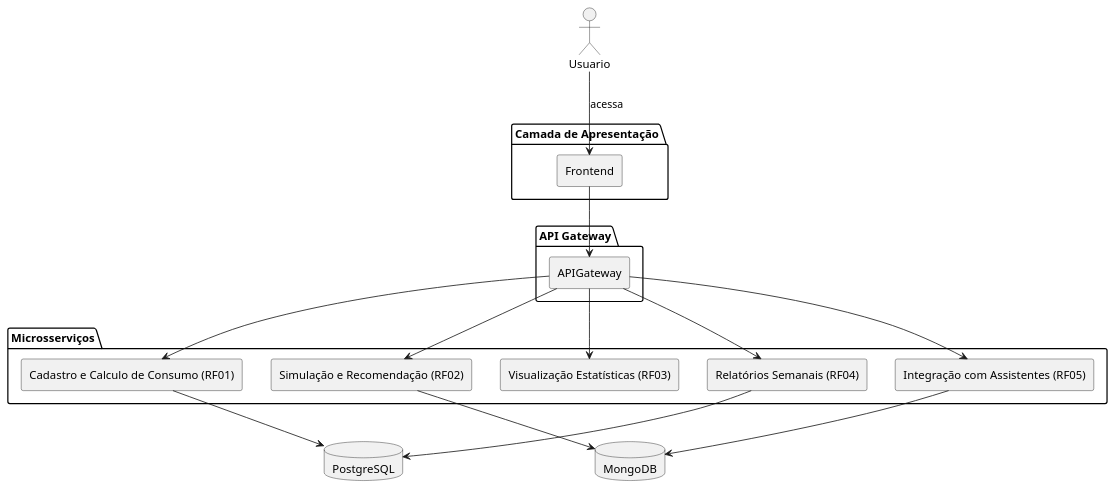
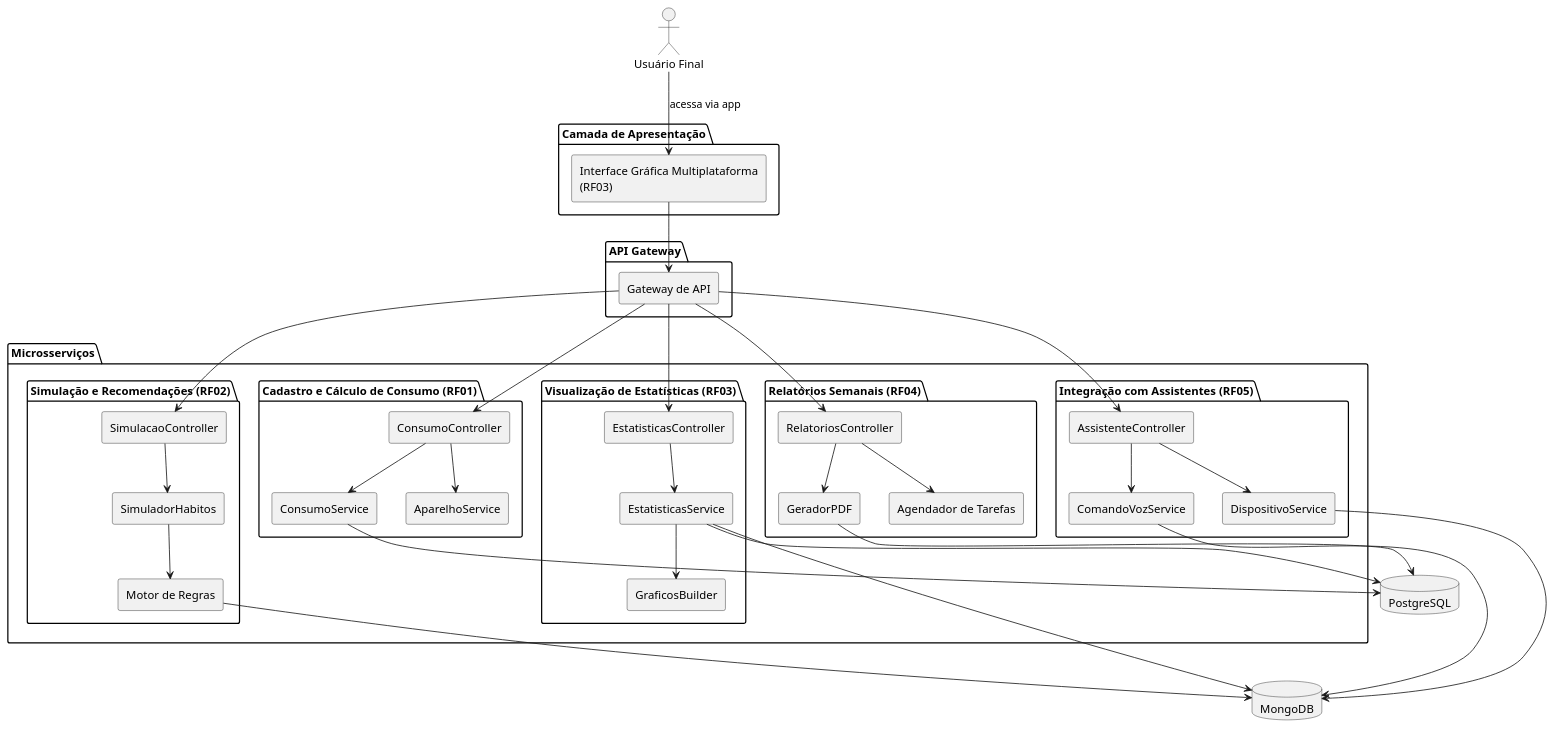
One commit to gilmarUFG/as_es_20251_g3 changed the diagram in trabalho_final/diagramas/diagrama_modelo_arquitetural.plantuml. Above: the diagram before and after it, drawn with PlantUML.

```diff
--- a/trabalho_final/diagramas/diagrama_modelo_arquitetural.plantuml
+++ b/trabalho_final/diagramas/diagrama_modelo_arquitetural.plantuml
@@ -1,41 +1,84 @@
 @startuml
+top to bottom direction
 skinparam componentStyle rectangle
 skinparam monochrome true
 
-actor Usuario
+actor Usuario as "Usuário Final"
 
 package "Camada de Apresentação" {
-  component Frontend
+  component Frontend as "Interface Gráfica Multiplataforma\n(RF03)"
 }
 
 package "API Gateway" {
-  component APIGateway
+  component APIGateway as "Gateway de API"
 }
 
 package "Microsserviços" {
-  component CalculoConsumo as "Cadastro e Calculo de Consumo (RF01)"
-  component Simulacao as "Simulação e Recomendação (RF02)"
-  component Interface as "Visualização Estatísticas (RF03)"
-  component Relatorios as "Relatórios Semanais (RF04)"
-  component Assistentes as "Integração com Assistentes (RF05)"
+
+  package "Cadastro e Cálculo de Consumo (RF01)" {
+    component CalculoAPI as "ConsumoController"
+    component CalculoService as "ConsumoService"
+    component AparelhoService as "AparelhoService"
+  }
+
+  package "Simulação e Recomendações (RF02)" {
+    component SimulacaoAPI as "SimulacaoController"
+    component SimuladorHabitos as "SimuladorHabitos"
+    component MotorRegras as "Motor de Regras"
+  }
+
+  package "Visualização de Estatísticas (RF03)" {
+    component EstatisticasAPI as "EstatisticasController"
+    component EstatisticasService as "EstatisticasService"
+    component GraficosBuilder as "GraficosBuilder"
+  }
+
+  package "Relatórios Semanais (RF04)" {
+    component RelatoriosAPI as "RelatoriosController"
+    component RelatorioPDF as "GeradorPDF"
+    component Agendador as "Agendador de Tarefas"
+  }
+
+  package "Integração com Assistentes (RF05)" {
+    component AssistenteAPI as "AssistenteController"
+    component ComandoVozService as "ComandoVozService"
+    component DispositivoService as "DispositivoService"
+  }
+
 }
 
 database PostgreSQL as PG
 database MongoDB as MG
 
-' Fluxo de interações
-Usuario --> Frontend : acessa
+Usuario --> Frontend : acessa via app
 Frontend --> APIGateway
 
-APIGateway --> CalculoConsumo
-APIGateway --> Simulacao
-APIGateway --> Interface
-APIGateway --> Relatorios
-APIGateway --> Assistentes
+APIGateway --> CalculoAPI
+APIGateway --> SimulacaoAPI
+APIGateway --> EstatisticasAPI
+APIGateway --> RelatoriosAPI
+APIGateway --> AssistenteAPI
 
-CalculoConsumo --> PG
-Relatorios --> PG
-Simulacao --> MG
-Assistentes --> MG
+CalculoAPI --> CalculoService
+CalculoAPI --> AparelhoService
+CalculoService --> PG
+
+SimulacaoAPI --> SimuladorHabitos
+SimuladorHabitos --> MotorRegras
+MotorRegras --> MG
+
+EstatisticasAPI --> EstatisticasService
+EstatisticasService --> GraficosBuilder
+EstatisticasService --> PG
+EstatisticasService --> MG
+
+RelatoriosAPI --> RelatorioPDF
+RelatoriosAPI --> Agendador
+RelatorioPDF --> PG
+
+AssistenteAPI --> ComandoVozService
+AssistenteAPI --> DispositivoService
+ComandoVozService --> MG
+DispositivoService --> MG
 
 @enduml
```
